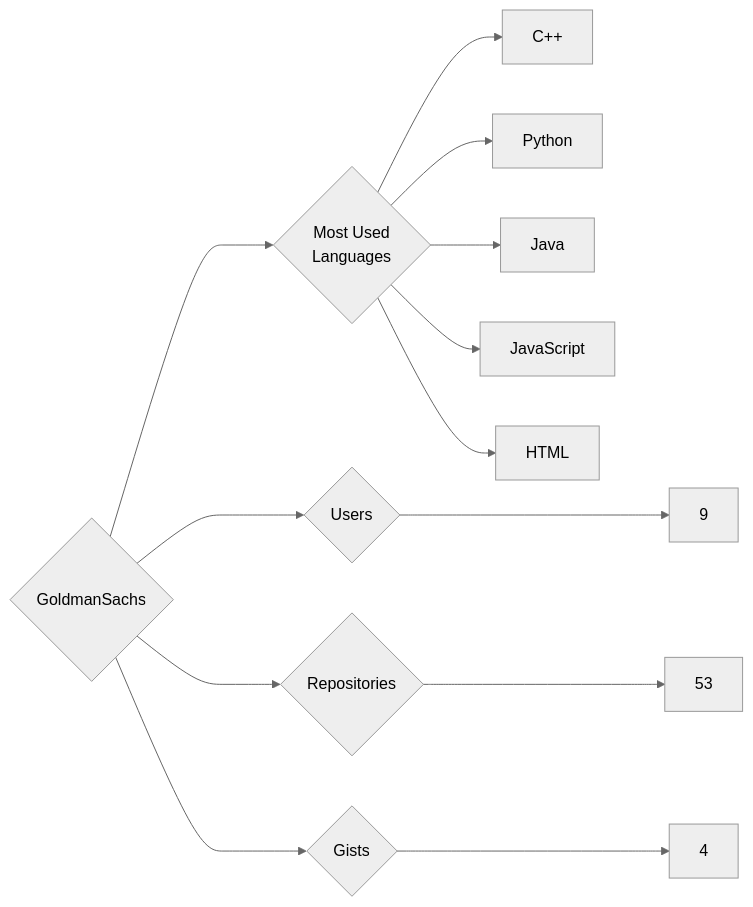
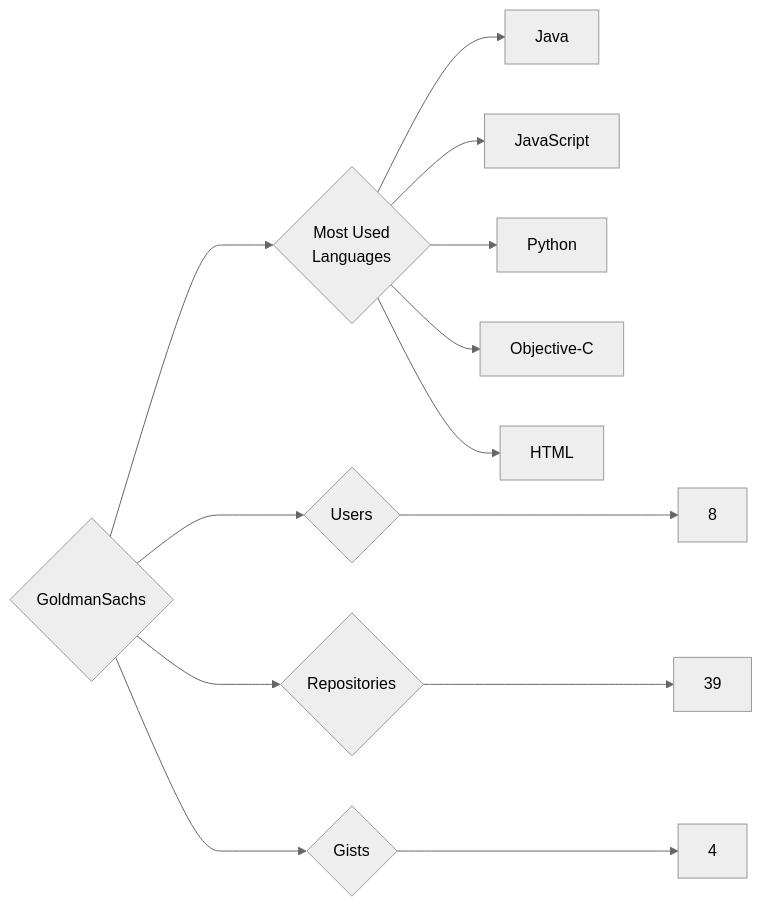
One commit to trickest/insiders changed the diagram in targets/GoldmanSachs/README.md. Above: the diagram before and after it, drawn with Mermaid (neutral theme). The commit also changed 912 other files, not shown here.

````diff
--- a/targets/GoldmanSachs/README.md
+++ b/targets/GoldmanSachs/README.md
@@ -3,13 +3,13 @@
 ```mermaid
 graph LR
 COMPANY_NAME{GoldmanSachs}
-COMPANY_NAME ---> U{Users} ---> UN[9]
-COMPANY_NAME ---> R{Repositories} ---> RN[53]
+COMPANY_NAME ---> U{Users} ---> UN[8]
+COMPANY_NAME ---> R{Repositories} ---> RN[39]
 COMPANY_NAME ---> G{Gists} ---> GN[4]
 COMPANY_NAME ---> ML{Most Used<br>Languages}
-ML --> C++[C++]
-ML --> Python[Python]
 ML --> Java[Java]
 ML --> JavaScript[JavaScript]
+ML --> Python[Python]
+ML --> Objective-C[Objective-C]
 ML --> HTML[HTML]
 ```
````
